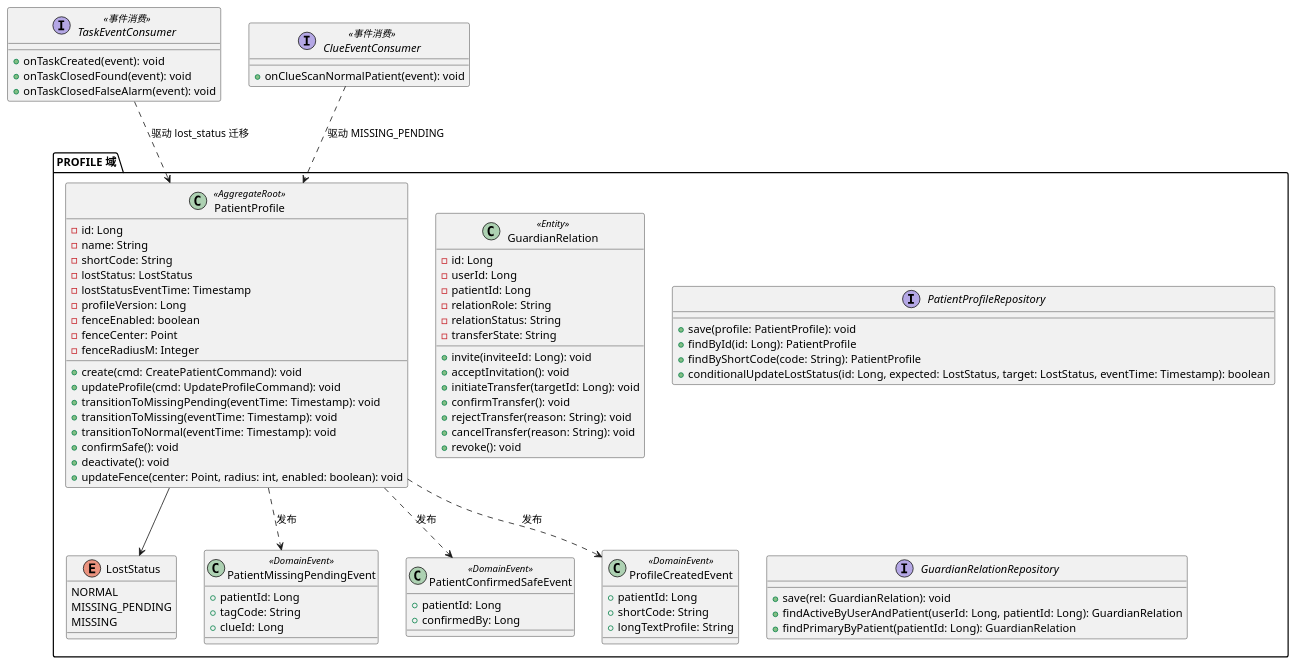
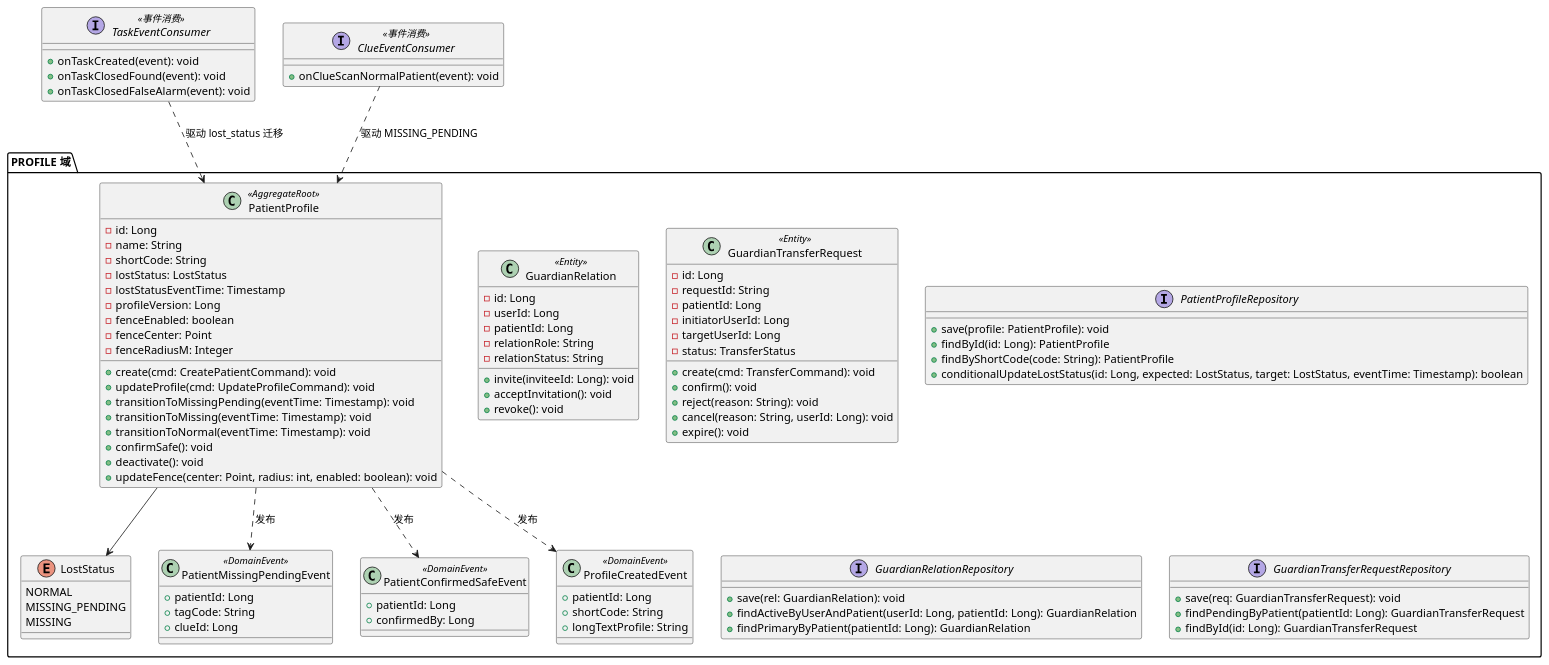
Before and after one commit to XiaoheRepo/document-for-Alzheimer-Guard-System: the fifth of 8 diagrams in LLD_V2.0.md, drawn with PlantUML. The commit also changed other lines of this file and 1 other file, not shown here.

```diff
--- a/LLD_V2.0.md
+++ b/LLD_V2.0.md
@@ -1526,14 +1540,23 @@
     - patientId: Long
     - relationRole: String
     - relationStatus: String
-    - transferState: String
     + invite(inviteeId: Long): void
     + acceptInvitation(): void
-    + initiateTransfer(targetId: Long): void
-    + confirmTransfer(): void
-    + rejectTransfer(reason: String): void
-    + cancelTransfer(reason: String): void
     + revoke(): void
+  }
+
+  class GuardianTransferRequest <<Entity>> {
+    - id: Long
+    - requestId: String
+    - patientId: Long
+    - initiatorUserId: Long
+    - targetUserId: Long
+    - status: TransferStatus
+    + create(cmd: TransferCommand): void
+    + confirm(): void
+    + reject(reason: String): void
+    + cancel(reason: String, userId: Long): void
+    + expire(): void
   }
 
   interface PatientProfileRepository {
@@ -1547,6 +1570,12 @@
     + save(rel: GuardianRelation): void
     + findActiveByUserAndPatient(userId: Long, patientId: Long): GuardianRelation
     + findPrimaryByPatient(patientId: Long): GuardianRelation
+  }
+
+  interface GuardianTransferRequestRepository {
+    + save(req: GuardianTransferRequest): void
+    + findPendingByPatient(patientId: Long): GuardianTransferRequest
+    + findById(id: Long): GuardianTransferRequest
   }
 
   class PatientMissingPendingEvent <<DomainEvent>> {
```
